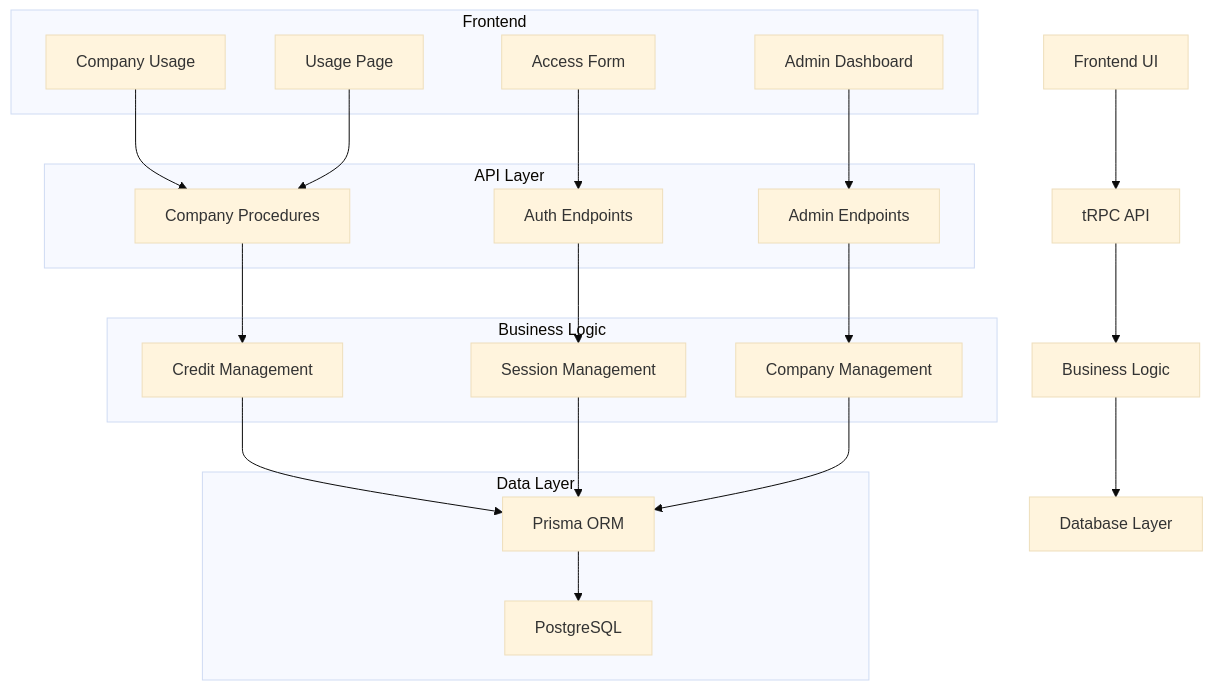
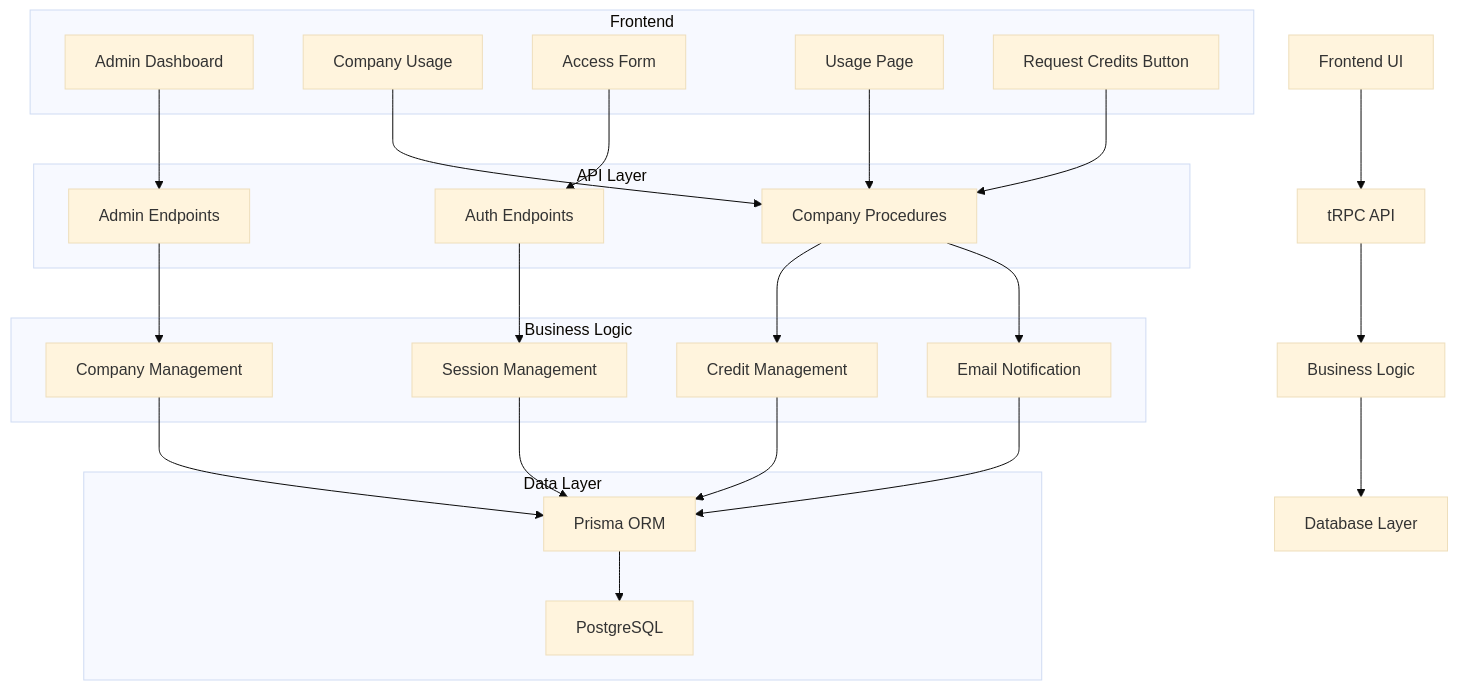
One commit to roisulimani/qai changed the second of 8 diagrams in .qoder/repowiki/en/content/Data Models & Schema Design/Company Credit Management.md. Above: the diagram before and after it, drawn with Mermaid (base theme). The commit also changed other lines of this file and 5 other files, not shown here.

````diff
--- a/.qoder/repowiki/en/content/Data Models & Schema Design/Company Credit Management.md
+++ b/.qoder/repowiki/en/content/Data Models & Schema Design/Company Credit Management.md
@@ -100,37 +110,42 @@
 ```mermaid
 graph TD
 A[Frontend UI] --> B[tRPC API]
 B --> C[Business Logic]
 C --> D[Database Layer]
 subgraph "Frontend"
 A1[Admin Dashboard]
 A2[Company Usage]
 A3[Access Form]
 A4[Usage Page]
+A5[Request Credits Button]
 end
 subgraph "API Layer"
 B1[Admin Endpoints]
 B2[Auth Endpoints]
 B3[Company Procedures]
 end
 subgraph "Business Logic"
 C1[Credit Management]
 C2[Session Management]
 C3[Company Management]
+C4[Email Notification]
 end
 subgraph "Data Layer"
 D1[Prisma ORM]
 D2[PostgreSQL]
 end
 A1 --> B1
 A2 --> B3
 A3 --> B2
 A4 --> B3
+A5 --> B3
 B1 --> C3
 B2 --> C2
 B3 --> C1
+B3 --> C4
 C1 --> D1
 C2 --> D1
 C3 --> D1
+C4 --> D1
 D1 --> D2
 ```
````
